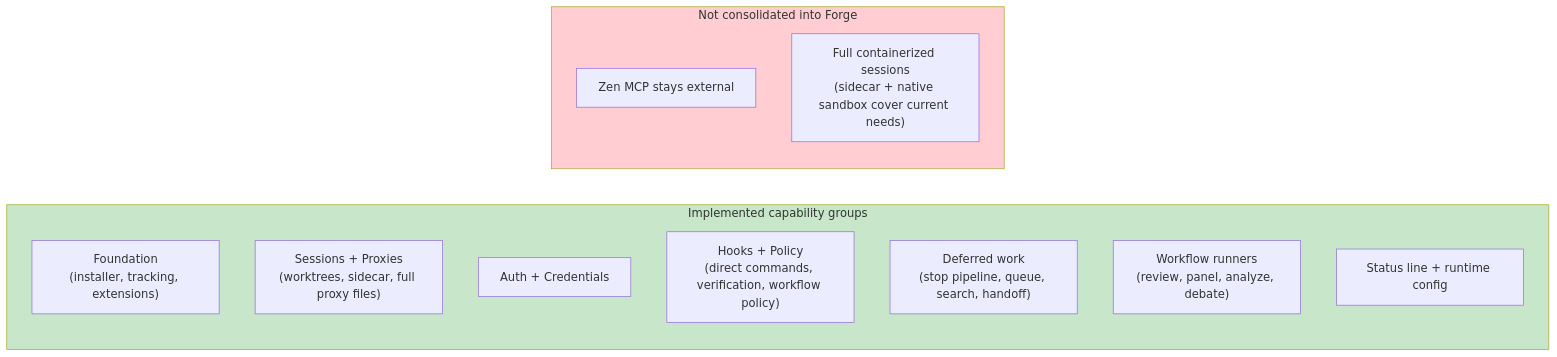
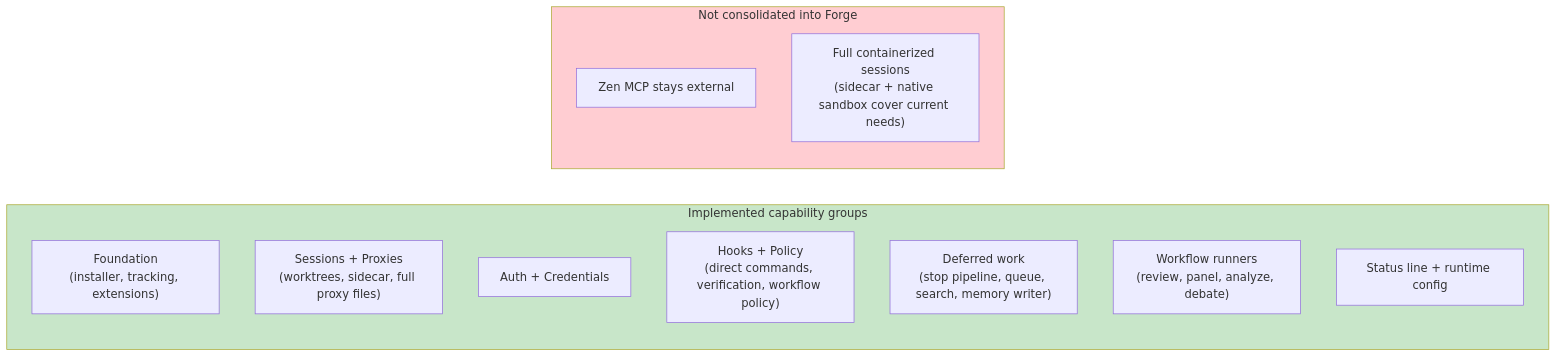
Before and after one commit to hapa1i/multi-forge: the eighth of 10 diagrams in docs/diagrams.md, drawn with Mermaid. The commit also changed other lines of this file and 88 other files, not shown here.

First line of the commit message:
refactor: resolve handoff naming → memory writer + transfer (memory_substrate) (#8)

````diff
--- a/docs/diagrams.md
+++ b/docs/diagrams.md
@@ -314,20 +314,20 @@
 ```mermaid
 flowchart LR
     subgraph Complete["Implemented capability groups"]
         P1["Foundation<br/>(installer, tracking, extensions)"]
         P2["Sessions + Proxies<br/>(worktrees, sidecar, full proxy files)"]
         P3["Auth + Credentials"]
         P4["Hooks + Policy<br/>(direct commands, verification, workflow policy)"]
-        P5["Deferred work<br/>(stop pipeline, queue, search, handoff)"]
+        P5["Deferred work<br/>(stop pipeline, queue, search, memory writer)"]
         P6["Workflow runners<br/>(review, panel, analyze, debate)"]
         P7["Status line + runtime config"]
     end
 
     subgraph Dropped["Not consolidated into Forge"]
         D1["Zen MCP stays external"]
         D2["Full containerized sessions<br/>(sidecar + native sandbox cover current needs)"]
     end
 
     style Complete fill:#c8e6c9
     style Dropped fill:#ffcdd2
 ```
````
